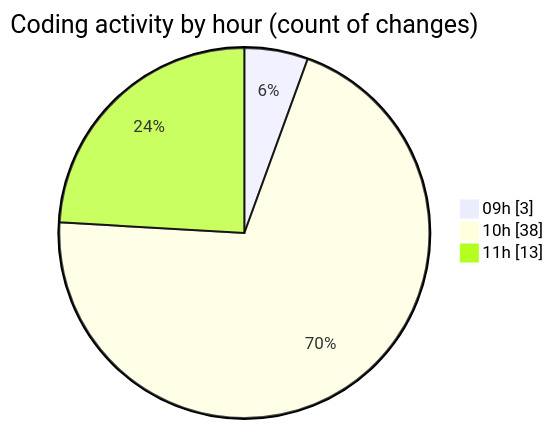
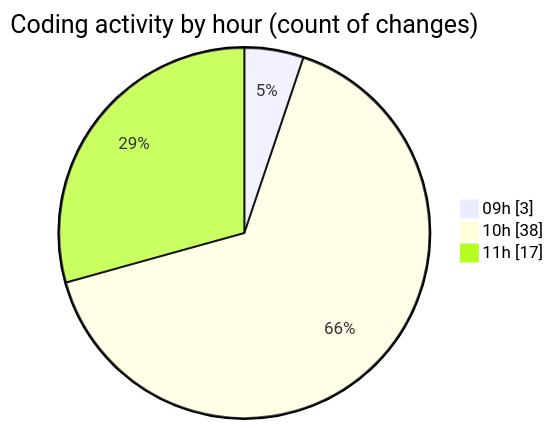
One commit to momahboobian/code-tracking changed the second of 2 diagrams in 2025-11-19/cda/README.md. Above: the diagram before and after it, drawn with Mermaid. The commit also changed other lines of this file and 1 other file, not shown here.

````diff
--- a/2025-11-19/cda/README.md
+++ b/2025-11-19/cda/README.md
@@ -30,7 +30,7 @@
 ```mermaid
 pie showData
 title Coding activity by hour (count of changes)
 "09h" : 3
 "10h" : 38
-"11h" : 13
+"11h" : 17
 ```
````
